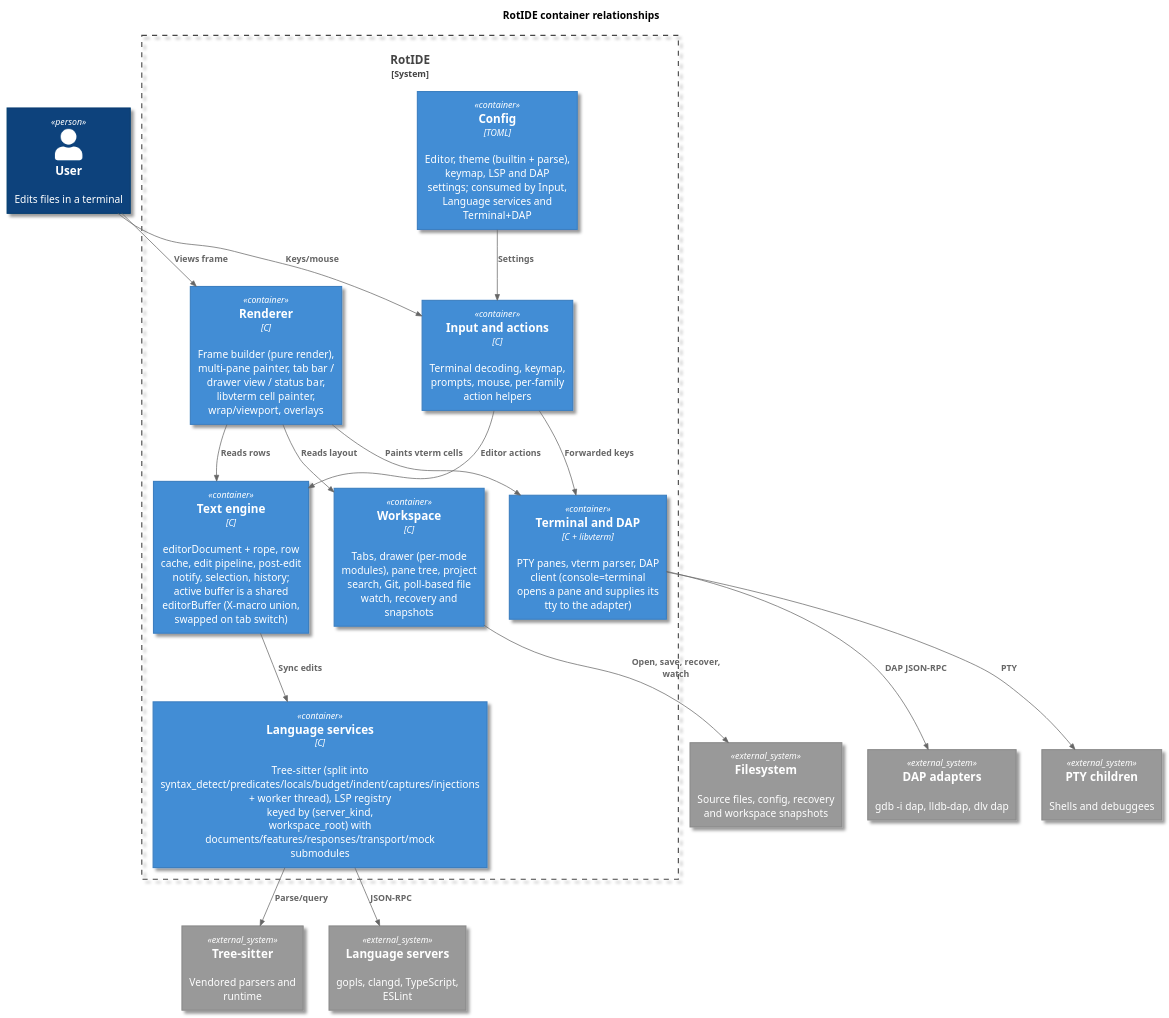
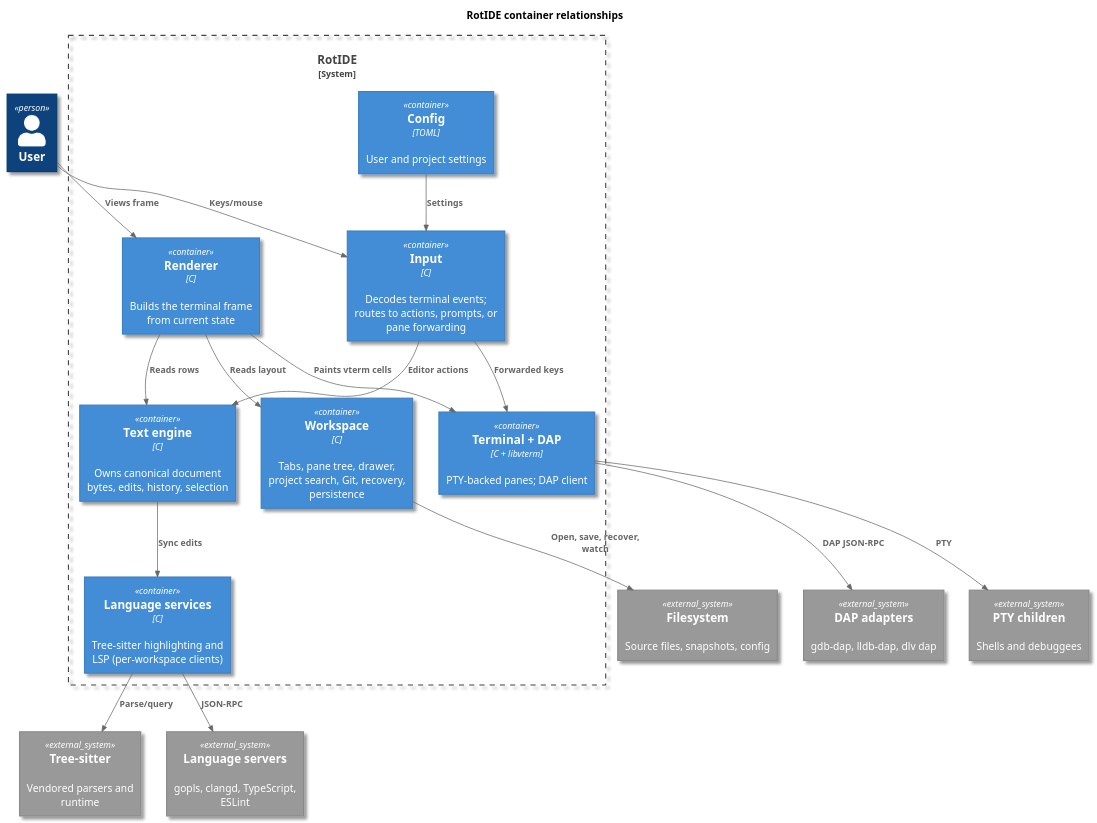
One commit to kokkoniemi/rotide changed the diagram in docs/diagrams/src/architecture-container.puml. Above: the diagram before and after it, drawn with PlantUML. The commit also changed 32 other files, not shown here.

```diff
--- a/docs/diagrams/src/architecture-container.puml
+++ b/docs/diagrams/src/architecture-container.puml
@@ -1,41 +1,43 @@
 @startuml
 skin rose
 !include <C4/C4_Container>
 skinparam backgroundColor #FFFFFF
 
 title RotIDE container relationships
 
-Person(user, "User", "Edits files in a terminal")
+Person(user, "User")
 
 System_Boundary(rotide, "RotIDE") {
-	Container(input, "Input and actions", "C", "Terminal decoding, keymap, prompts, mouse, per-family action helpers")
-	Container(text, "Text engine", "C", "editorDocument + rope, row cache, edit pipeline, post-edit notify, selection, history; active buffer is a shared editorBuffer (X-macro union, swapped on tab switch)")
-	Container(workspace, "Workspace", "C", "Tabs, drawer (per-mode modules), pane tree, project search, Git, poll-based file watch, recovery and snapshots")
-	Container(renderer, "Renderer", "C", "Frame builder (pure render), multi-pane painter, tab bar / drawer view / status bar, libvterm cell painter, wrap/viewport, overlays")
-	Container(language, "Language services", "C", "Tree-sitter (split into syntax_detect/predicates/locals/budget/indent/captures/injections + worker thread), LSP registry keyed by (server_kind, workspace_root) with documents/features/responses/transport/mock submodules")
-	Container(terminal, "Terminal and DAP", "C + libvterm", "PTY panes, vterm parser, DAP client (console=terminal opens a pane and supplies its tty to the adapter)")
-	Container(config, "Config", "TOML", "Editor, theme (builtin + parse), keymap, LSP and DAP settings; consumed by Input, Language services and Terminal+DAP")
+	Container(input, "Input", "C", "Decodes terminal events; routes to actions, prompts, or pane forwarding")
+	Container(text, "Text engine", "C", "Owns canonical document bytes, edits, history, selection")
+	Container(workspace, "Workspace", "C", "Tabs, pane tree, drawer, project search, Git, recovery, persistence")
+	Container(renderer, "Renderer", "C", "Builds the terminal frame from current state")
+	Container(language, "Language services", "C", "Tree-sitter highlighting and LSP (per-workspace clients)")
+	Container(terminal, "Terminal + DAP", "C + libvterm", "PTY-backed panes; DAP client")
+	Container(config, "Config", "TOML", "User and project settings")
 }
 
-System_Ext(files, "Filesystem", "Source files, config, recovery and workspace snapshots")
+System_Ext(files, "Filesystem", "Source files, snapshots, config")
 System_Ext(ts, "Tree-sitter", "Vendored parsers and runtime")
 System_Ext(lsp, "Language servers", "gopls, clangd, TypeScript, ESLint")
 System_Ext(pty_children, "PTY children", "Shells and debuggees")
-System_Ext(adapters, "DAP adapters", "gdb -i dap, lldb-dap, dlv dap")
+System_Ext(adapters, "DAP adapters", "gdb-dap, lldb-dap, dlv dap")
 
 Rel(user, input, "Keys/mouse")
 Rel(user, renderer, "Views frame")
+
 Rel(config, input, "Settings")
 Rel(input, text, "Editor actions")
 Rel(input, terminal, "Forwarded keys")
 Rel(text, language, "Sync edits")
 Rel(renderer, text, "Reads rows")
 Rel(renderer, workspace, "Reads layout")
 Rel(renderer, terminal, "Paints vterm cells")
+
 Rel(workspace, files, "Open, save, recover, watch")
 Rel(language, ts, "Parse/query")
 Rel(language, lsp, "JSON-RPC")
 Rel(terminal, pty_children, "PTY")
 Rel(terminal, adapters, "DAP JSON-RPC")
 
 @enduml
```
